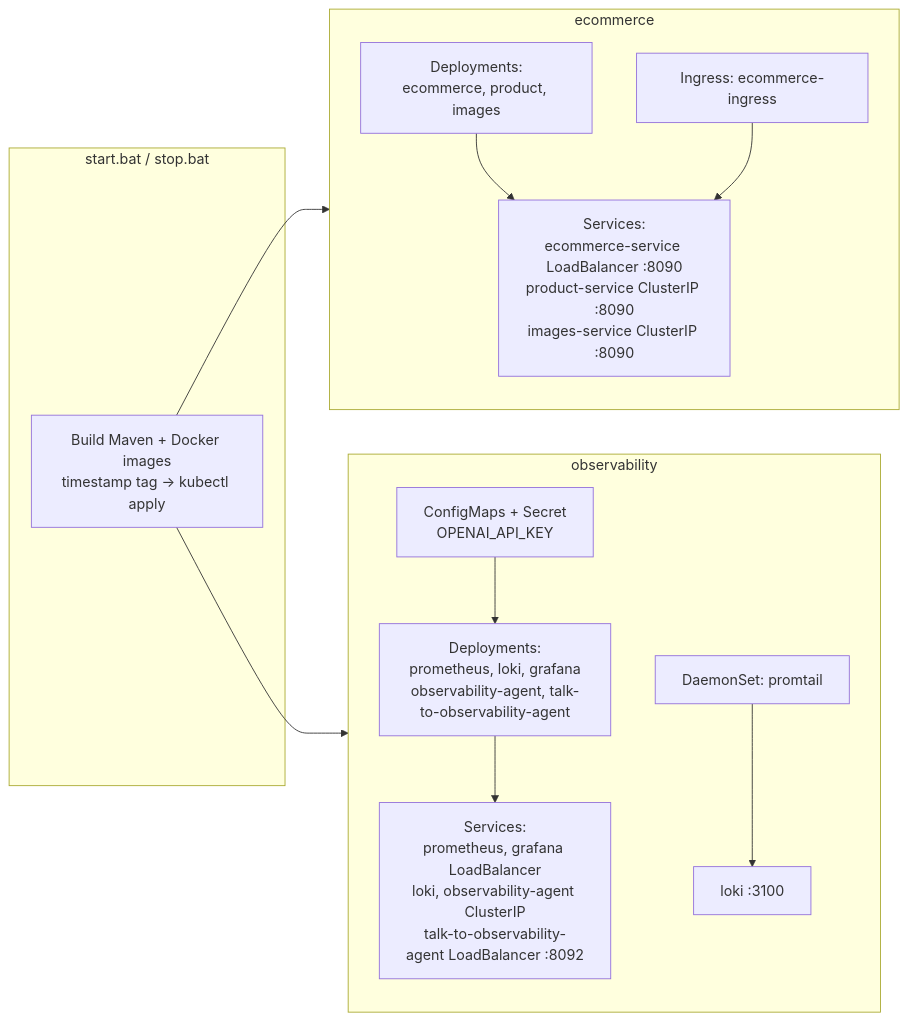
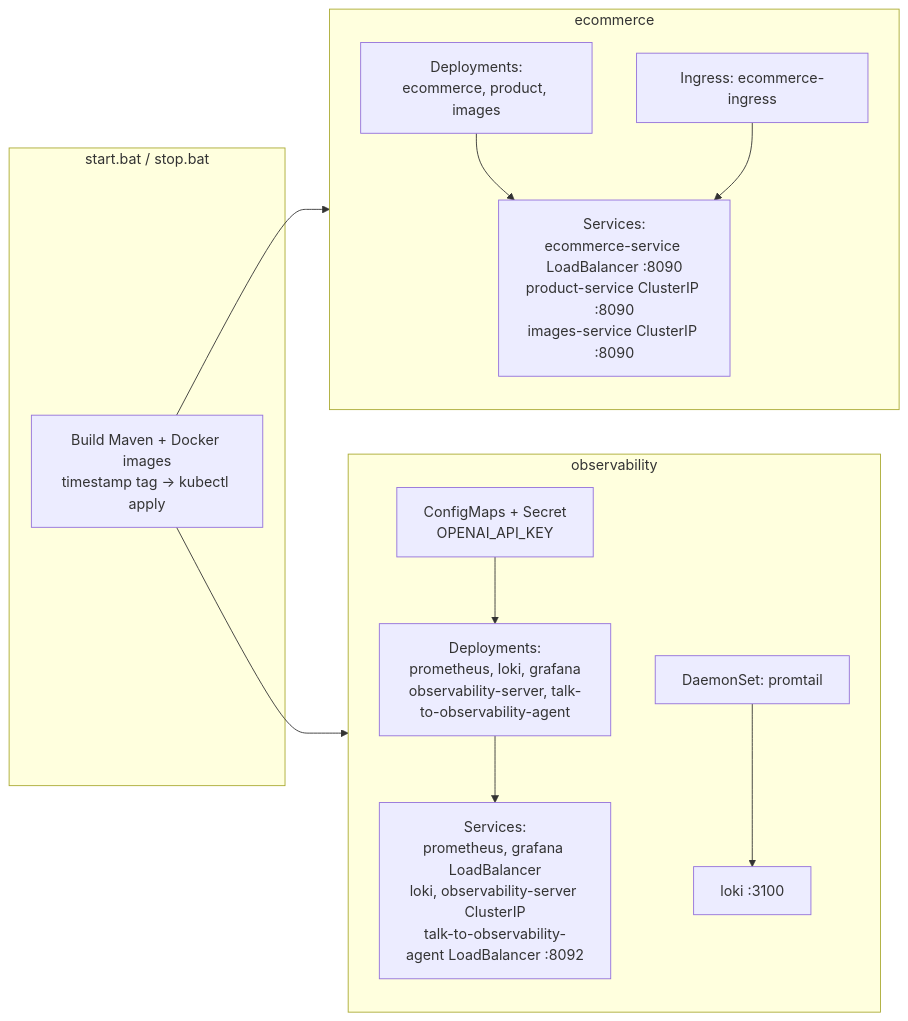
One commit to vuppalapatisn/agentic-microservices changed the second of 5 diagrams in architecture-diagram.md. Above: the diagram before and after it, drawn with Mermaid. The commit also changed other lines of this file and 46 other files, not shown here.

````diff
--- a/architecture-diagram.md
+++ b/architecture-diagram.md
@@ -87,31 +87,31 @@
 ```mermaid
 flowchart LR
     subgraph Deploy["start.bat / stop.bat"]
         BAT["Build Maven + Docker images<br/>timestamp tag → kubectl apply"]
     end
 
     subgraph NS1["ecommerce"]
         direction TB
         D1["Deployments:<br/>ecommerce, product, images"]
         S1["Services:<br/>ecommerce-service LoadBalancer :8090<br/>product-service ClusterIP :8090<br/>images-service ClusterIP :8090"]
         I1["Ingress: ecommerce-ingress"]
         D1 --> S1
         I1 --> S1
     end
 
     subgraph NS2["observability"]
         direction TB
-        D2["Deployments:<br/>prometheus, loki, grafana<br/>observability-agent, talk-to-observability-agent"]
+        D2["Deployments:<br/>prometheus, loki, grafana<br/>observability-server, talk-to-observability-agent"]
         DS2["DaemonSet: promtail"]
-        S2["Services:<br/>prometheus, grafana LoadBalancer<br/>loki, observability-agent ClusterIP<br/>talk-to-observability-agent LoadBalancer :8092"]
+        S2["Services:<br/>prometheus, grafana LoadBalancer<br/>loki, observability-server ClusterIP<br/>talk-to-observability-agent LoadBalancer :8092"]
         CM2["ConfigMaps + Secret<br/>OPENAI_API_KEY"]
         D2 --> S2
         DS2 --> LOKI2["loki :3100"]
         CM2 --> D2
     end
 
     BAT --> NS1
     BAT --> NS2
 
     LOKI2
 ```
````
